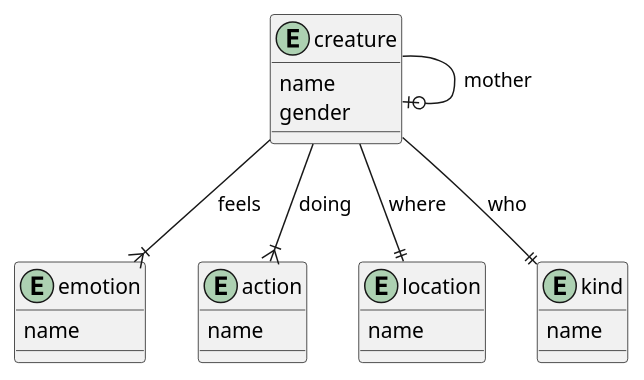
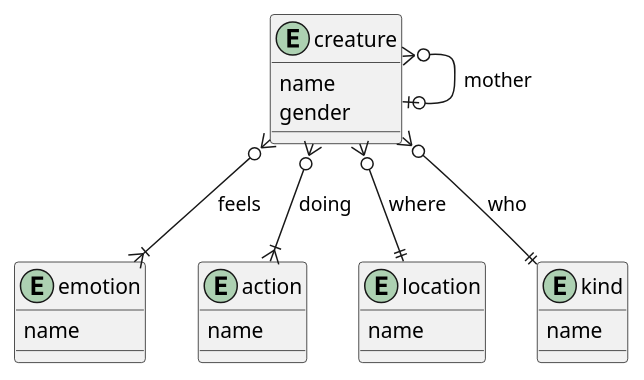
One commit to vityaman-edu/db-labs-basic changed the diagram in doc/lab-1/fig/high.puml. Above: the diagram before and after it, drawn with PlantUML.

Commit message:
[lab][1][doc] fixed existing relationship types to be M:..

```diff
--- a/doc/lab-1/fig/high.puml
+++ b/doc/lab-1/fig/high.puml
@@ -1,30 +1,30 @@
 @startuml High-level ER-Diagram
 
 entity creature {
   name
   gender
 }
 
 entity emotion {
   name
 }
 
 entity action {
   name
 }
 
 entity location {
   name
 }
 
 entity kind {
   name
 }
 
-creature --||kind : who
-creature --||location : where
-creature --|{ emotion : feels
-creature --|{ action : doing
-creature --o| creature : mother
+creature }o-d-||kind : who
+creature }o-d-||location : where
+creature }o-d-|{ emotion : feels
+creature }o-d-|{ action : doing
+creature }o-d-o| creature : mother
 
 @enduml
```
